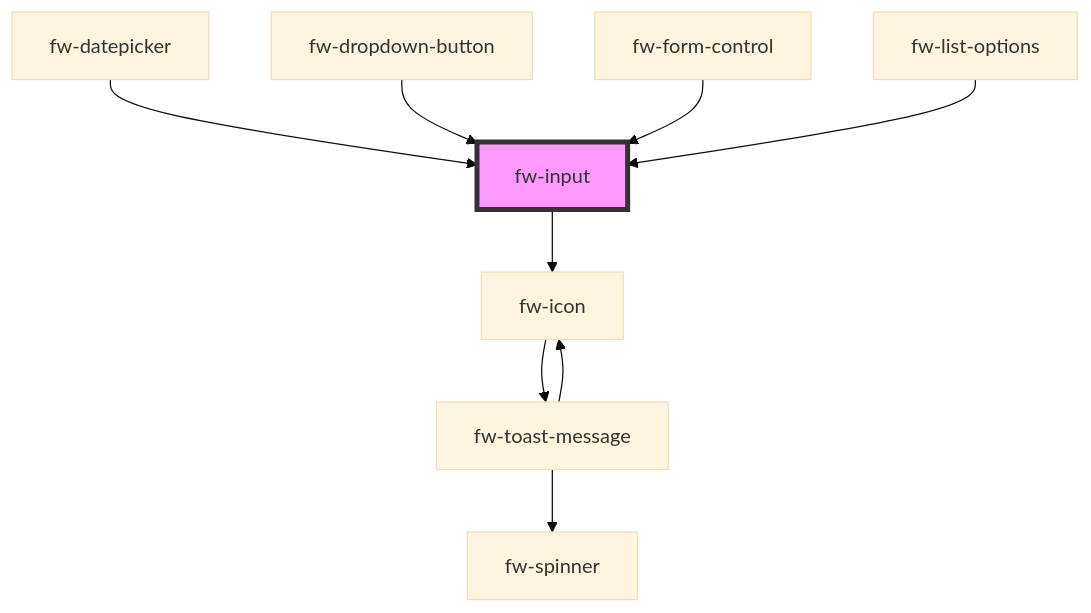
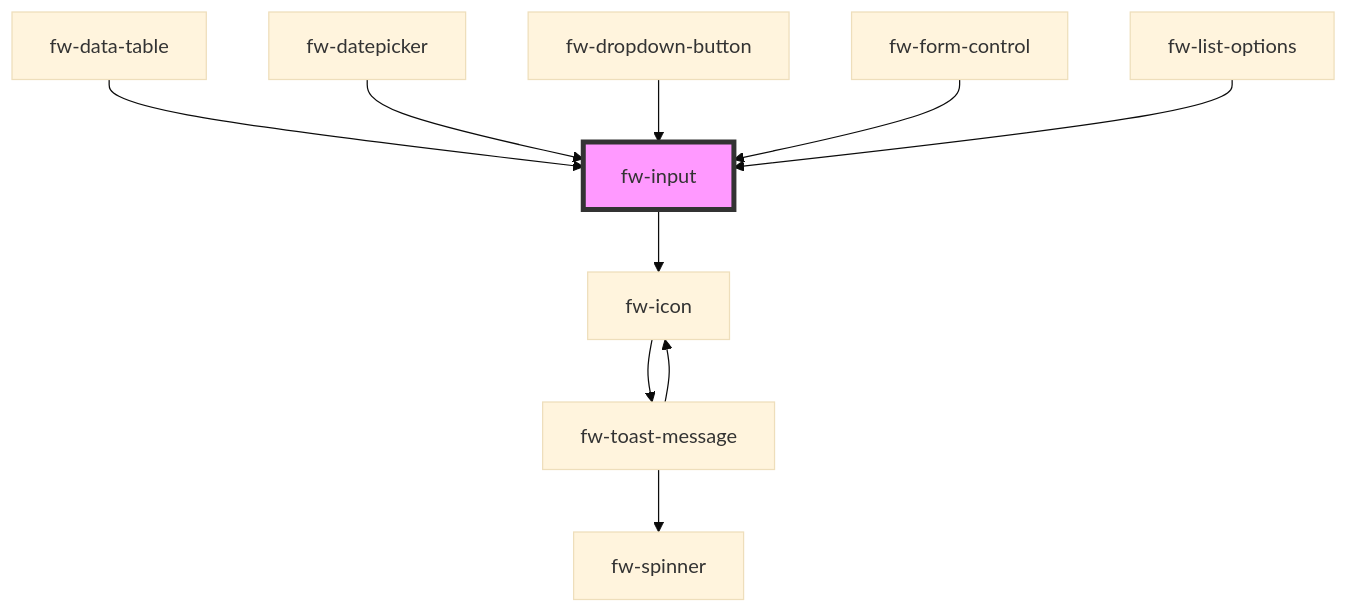
Before and after one commit to freshworks/crayons: the diagram in packages/crayons-core/src/components/input/readme.md, drawn with Mermaid (base theme). The commit also changed other lines of this file and 7 other files, not shown here.

Commit message:
feat(data-table): add table settings option to data table

````diff
--- a/packages/crayons-core/src/components/input/readme.md
+++ b/packages/crayons-core/src/components/input/readme.md
@@ -292,12 +293,13 @@
 ```mermaid
 graph TD;
   fw-input --> fw-icon
   fw-icon --> fw-toast-message
   fw-toast-message --> fw-spinner
   fw-toast-message --> fw-icon
+  fw-data-table --> fw-input
   fw-datepicker --> fw-input
   fw-dropdown-button --> fw-input
   fw-form-control --> fw-input
   fw-list-options --> fw-input
   style fw-input fill:#f9f,stroke:#333,stroke-width:4px
 ```
````
